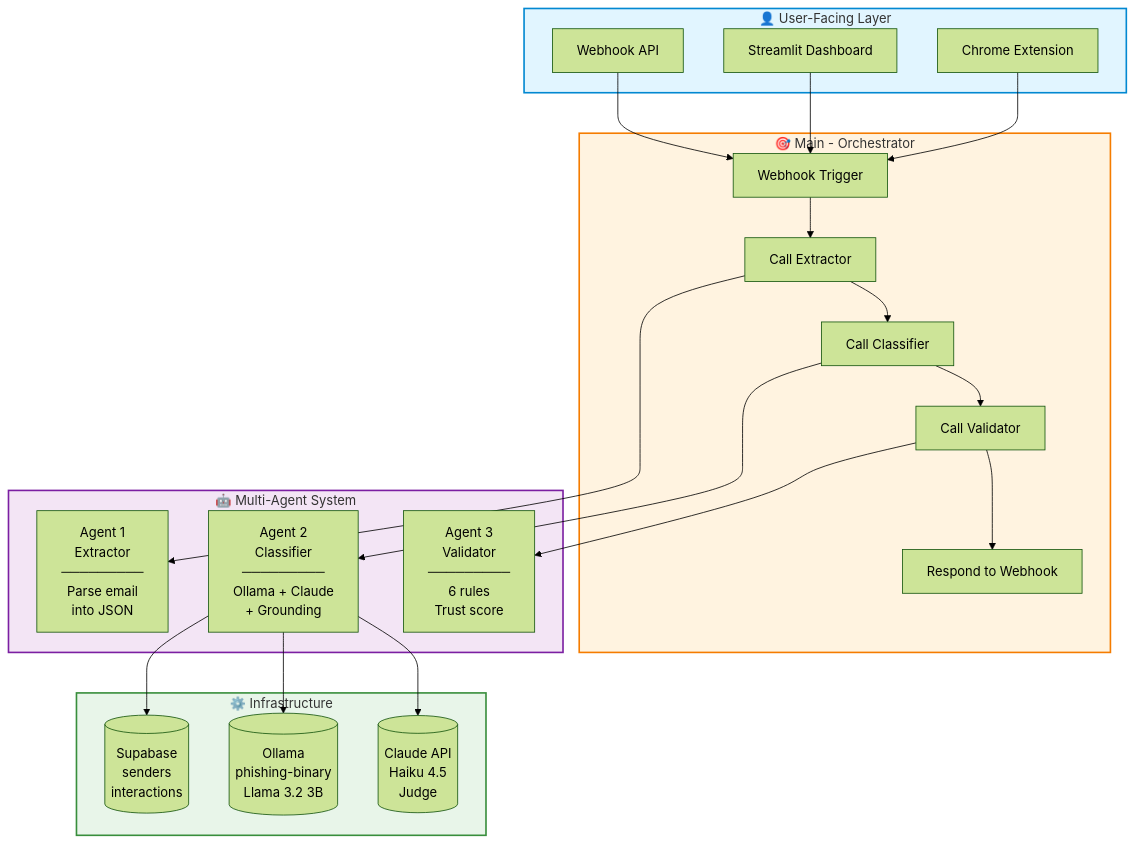
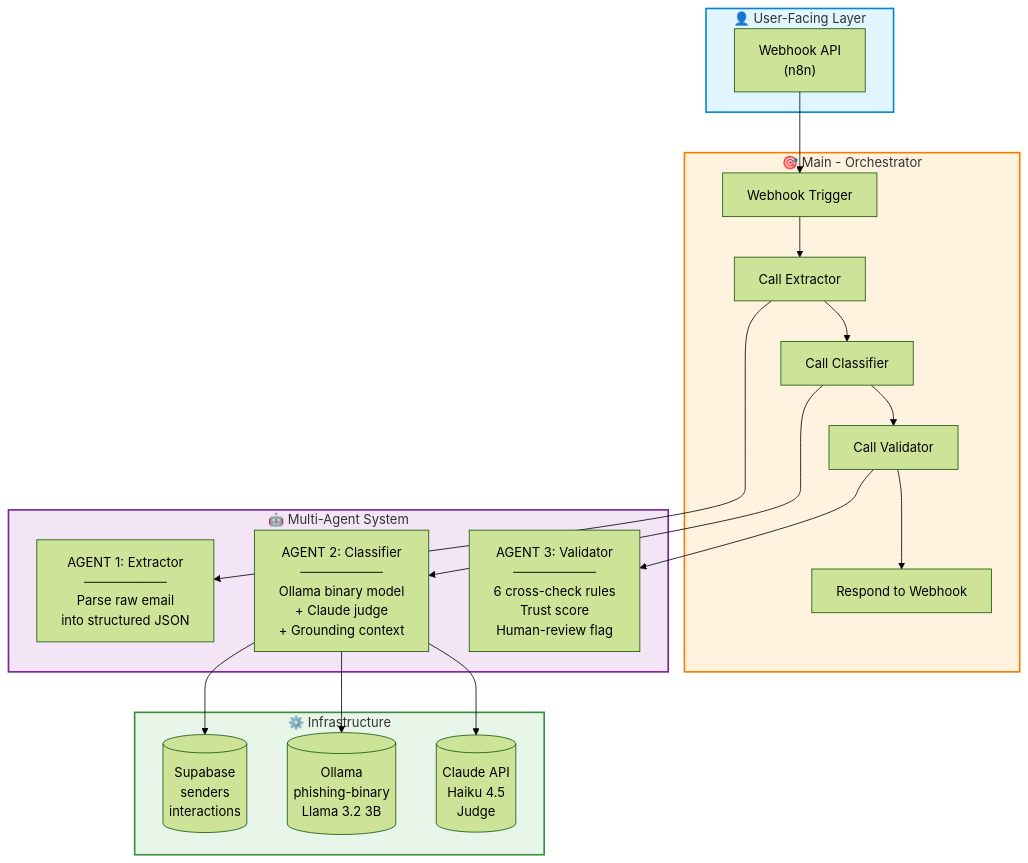
Before and after one commit to shivoymalhotra9-wq/Agentic-AI-Cyber-App: the first of 3 diagrams in README.md, drawn with Mermaid (forest theme). The commit also changed other lines of this file, not shown here.

````diff
--- a/README.md
+++ b/README.md
@@ -45,42 +66,40 @@
 ```mermaid
 flowchart TB
     subgraph USER["👤 User-Facing Layer"]
-        WH[Webhook API]
-        ST[Streamlit Dashboard]
-        CX[Chrome Extension]
+        WH["Webhook API<br/>(n8n)"]
     end
 
     subgraph ORCH["🎯 Main - Orchestrator"]
-        O1[Webhook Trigger] --> O2[Call Extractor]
-        O2 --> O3[Call Classifier]
-        O3 --> O4[Call Validator]
-        O4 --> O5[Respond to Webhook]
+        O1["Webhook Trigger"]
+        O2["Call Extractor"]
+        O3["Call Classifier"]
+        O4["Call Validator"]
+        O5["Respond to Webhook"]
+        O1 --> O2 --> O3 --> O4 --> O5
     end
 
     subgraph AGENTS["🤖 Multi-Agent System"]
-        A1["Agent 1<br/>Extractor<br/>─────────<br/>Parse email<br/>into JSON"]
-        A2["Agent 2<br/>Classifier<br/>─────────<br/>Ollama + Claude<br/>+ Grounding"]
-        A3["Agent 3<br/>Validator<br/>─────────<br/>6 rules<br/>Trust score"]
+        A1["AGENT 1: Extractor<br/>─────────<br/>Parse raw email<br/>into structured JSON"]
+        A2["AGENT 2: Classifier<br/>─────────<br/>Ollama binary model<br/>+ Claude judge<br/>+ Grounding context"]
+        A3["AGENT 3: Validator<br/>─────────<br/>6 cross-check rules<br/>Trust score<br/>Human-review flag"]
     end
 
     subgraph INFRA["⚙️ Infrastructure"]
         SB[("Supabase<br/>senders<br/>interactions")]
         OL[("Ollama<br/>phishing-binary<br/>Llama 3.2 3B")]
         CL[("Claude API<br/>Haiku 4.5<br/>Judge")]
     end
 
     WH --> O1
-    ST --> O1
-    CX --> O1
     O2 --> A1
     O3 --> A2
     O4 --> A3
     A2 --> SB
     A2 --> OL
     A2 --> CL
 
     style USER fill:#e1f5ff,stroke:#0288d1,stroke-width:2px
     style ORCH fill:#fff3e0,stroke:#f57c00,stroke-width:2px
     style AGENTS fill:#f3e5f5,stroke:#7b1fa2,stroke-width:2px
     style INFRA fill:#e8f5e9,stroke:#388e3c,stroke-width:2px
 ```
````
